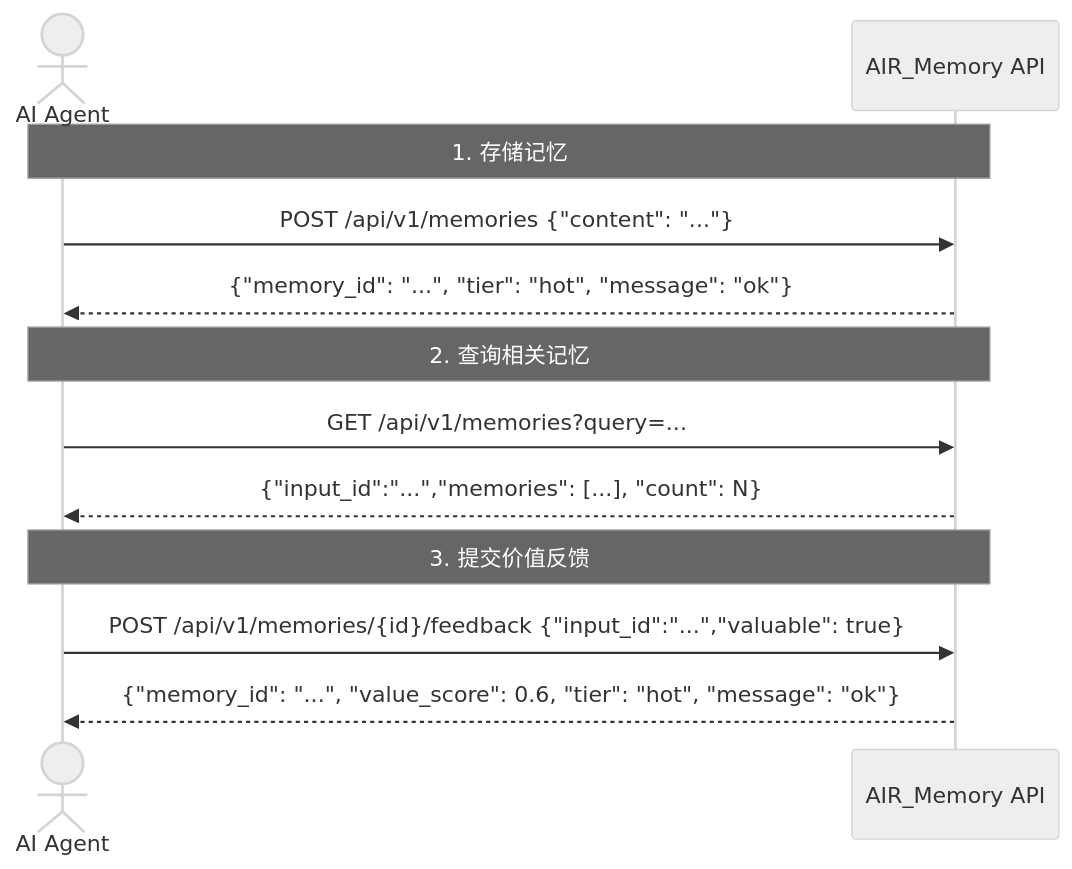
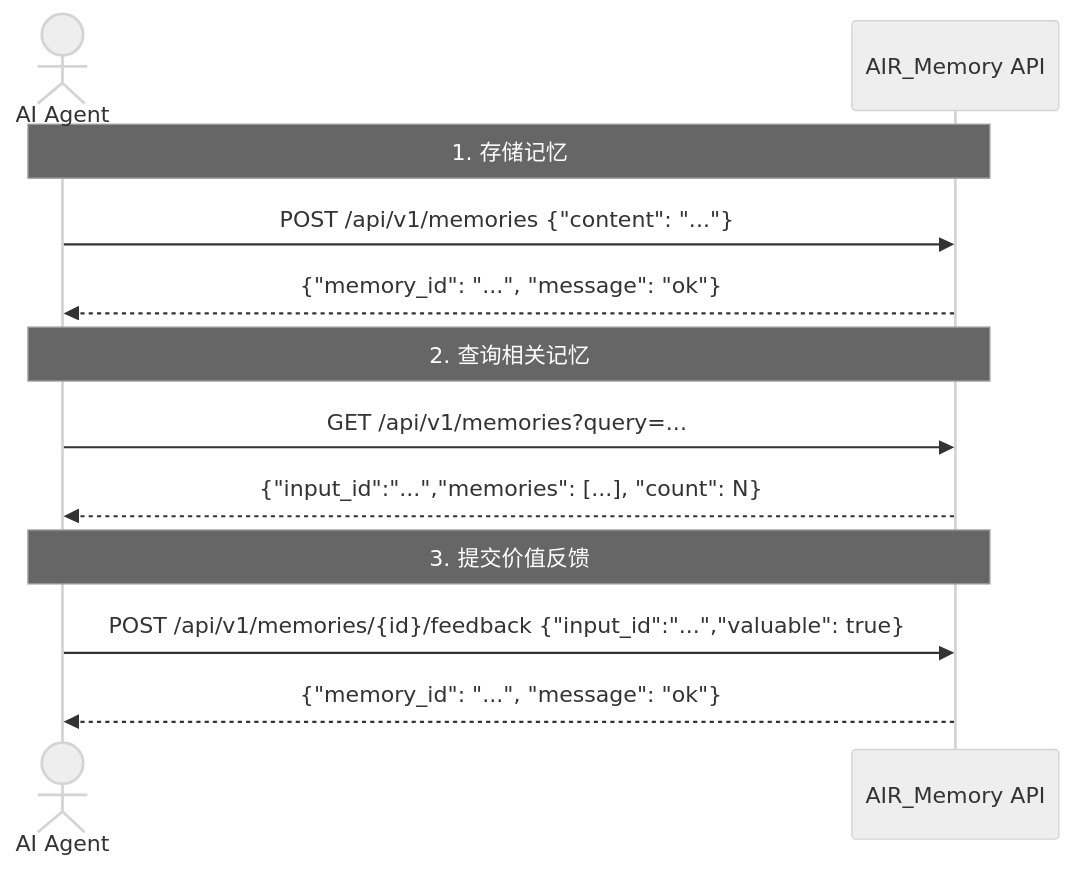
The third of 3 diagrams in doc/user_guide_v2.1.md (SevenLv/air_memory), drawn with Mermaid (neutral theme) before and after one commit. The commit also changed other lines of this file and 7 other files, not shown here.

First line of the commit message:
docs: 将记忆价值计量方式从 value_score 全面替换为 total_association_score

````diff
--- a/doc/user_guide_v2.1.md
+++ b/doc/user_guide_v2.1.md
@@ -734,17 +699,17 @@
 ```mermaid
 sequenceDiagram
     actor Agent as AI Agent
     participant API as AIR_Memory API
 
     Note over Agent,API: 1. 存储记忆
     Agent->>API: POST /api/v1/memories {"content": "..."}
-    API-->>Agent: {"memory_id": "...", "tier": "hot", "message": "ok"}
+    API-->>Agent: {"memory_id": "...", "message": "ok"}
 
     Note over Agent,API: 2. 查询相关记忆
     Agent->>API: GET /api/v1/memories?query=...
     API-->>Agent: {"input_id":"...","memories": [...], "count": N}
 
     Note over Agent,API: 3. 提交价值反馈
     Agent->>API: POST /api/v1/memories/{id}/feedback {"input_id":"...","valuable": true}
-    API-->>Agent: {"memory_id": "...", "value_score": 0.6, "tier": "hot", "message": "ok"}
+    API-->>Agent: {"memory_id": "...", "message": "ok"}
 ```
````
